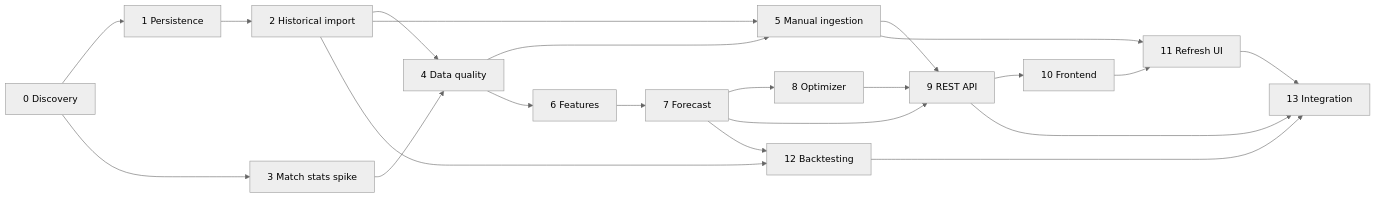
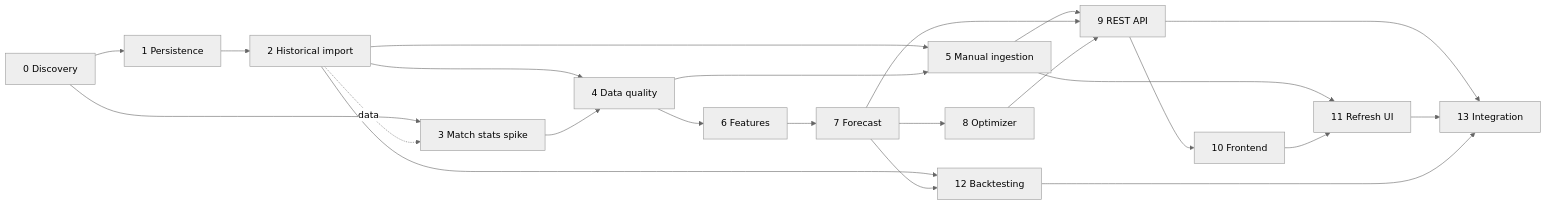
The diagram in docs/development-plan.md (smokebeliu/fantasy-analytic), drawn with Mermaid (neutral theme) before and after one commit. The commit also changed other lines of this file and 3 other files, not shown here.

````diff
--- a/docs/development-plan.md
+++ b/docs/development-plan.md
@@ -83,24 +100,25 @@
 ```mermaid
 flowchart LR
     S0[0 Discovery] --> S1[1 Persistence]
     S0 --> S3[3 Match stats spike]
     S1 --> S2[2 Historical import]
+    S2 -. data .-> S3
     S2 --> S4[4 Data quality]
     S3 --> S4
     S2 --> S5[5 Manual ingestion]
     S4 --> S5
     S4 --> S6[6 Features]
     S6 --> S7[7 Forecast]
     S7 --> S8[8 Optimizer]
     S5 --> S9[9 REST API]
     S7 --> S9
     S8 --> S9
     S9 --> S10[10 Frontend]
     S5 --> S11[11 Refresh UI]
     S10 --> S11
     S2 --> S12[12 Backtesting]
     S7 --> S12
     S9 --> S13[13 Integration]
     S11 --> S13
     S12 --> S13
 ```
````
